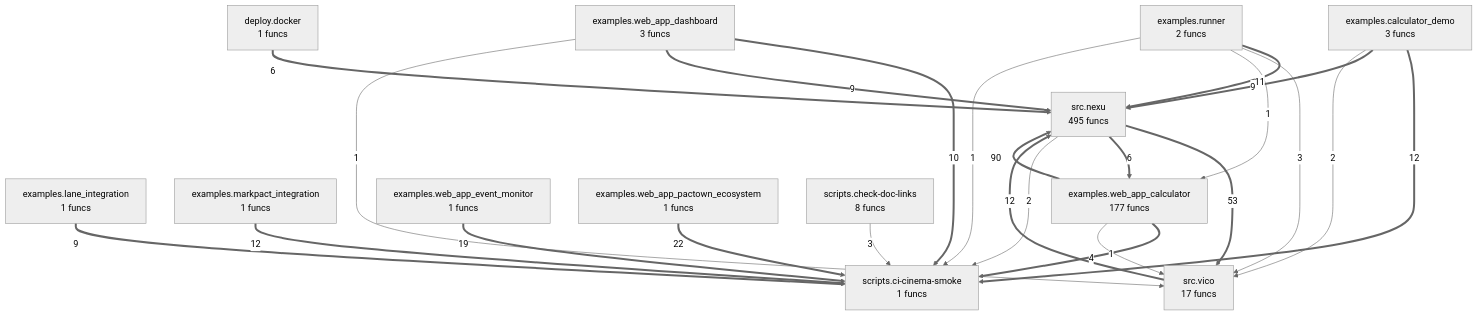
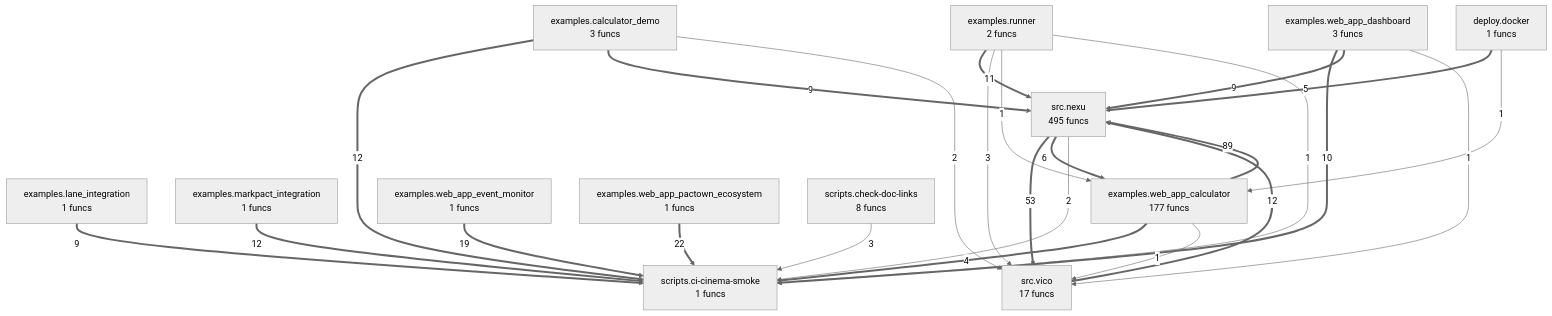
The diagram in project/compact_flow.mmd (autogrammar/nexu), drawn with Mermaid (neutral theme) before and after one commit. The commit also changed 22 other files, not shown here.

```diff
--- a/project/compact_flow.mmd
+++ b/project/compact_flow.mmd
@@ -1,38 +1,39 @@
 flowchart TD
 %% generated in 0.01s
     deploy__docker["deploy.docker<br/>1 funcs"]
     examples__calculator_demo["examples.calculator_demo<br/>3 funcs"]
     examples__lane_integration["examples.lane_integration<br/>1 funcs"]
     examples__markpact_integration["examples.markpact_integration<br/>1 funcs"]
     examples__runner["examples.runner<br/>2 funcs"]
     examples__web_app_calculator["examples.web_app_calculator<br/>177 funcs"]
     examples__web_app_dashboard["examples.web_app_dashboard<br/>3 funcs"]
     examples__web_app_event_monitor["examples.web_app_event_monitor<br/>1 funcs"]
     examples__web_app_pactown_ecosystem["examples.web_app_pactown_ecosystem<br/>1 funcs"]
     scripts__check_doc_links["scripts.check-doc-links<br/>8 funcs"]
     scripts__ci_cinema_smoke["scripts.ci-cinema-smoke<br/>1 funcs"]
     src__nexu["src.nexu<br/>495 funcs"]
     src__vico["src.vico<br/>17 funcs"]
-    examples__web_app_calculator ==>|90| src__nexu
+    examples__web_app_calculator ==>|89| src__nexu
     src__nexu ==>|53| src__vico
     examples__web_app_pactown_ecosystem ==>|22| scripts__ci_cinema_smoke
     examples__web_app_event_monitor ==>|19| scripts__ci_cinema_smoke
-    src__vico ==>|12| src__nexu
     examples__markpact_integration ==>|12| scripts__ci_cinema_smoke
     examples__calculator_demo ==>|12| scripts__ci_cinema_smoke
+    src__vico ==>|12| src__nexu
     examples__runner ==>|11| src__nexu
     examples__web_app_dashboard ==>|10| scripts__ci_cinema_smoke
-    examples__web_app_dashboard ==>|9| src__nexu
     examples__lane_integration ==>|9| scripts__ci_cinema_smoke
     examples__calculator_demo ==>|9| src__nexu
+    examples__web_app_dashboard ==>|9| src__nexu
     src__nexu ==>|6| examples__web_app_calculator
-    deploy__docker ==>|6| src__nexu
+    deploy__docker ==>|5| src__nexu
     examples__web_app_calculator ==>|4| scripts__ci_cinema_smoke
+    examples__runner -->|3| src__vico
     scripts__check_doc_links -->|3| scripts__ci_cinema_smoke
-    examples__runner -->|3| src__vico
+    examples__calculator_demo -->|2| src__vico
     src__nexu -->|2| scripts__ci_cinema_smoke
-    examples__calculator_demo -->|2| src__vico
     examples__web_app_calculator -->|1| src__vico
-    examples__web_app_dashboard -->|1| src__vico
     examples__runner -->|1| examples__web_app_calculator
     examples__runner -->|1| scripts__ci_cinema_smoke
+    examples__web_app_dashboard -->|1| src__vico
+    deploy__docker -->|1| examples__web_app_calculator
```
